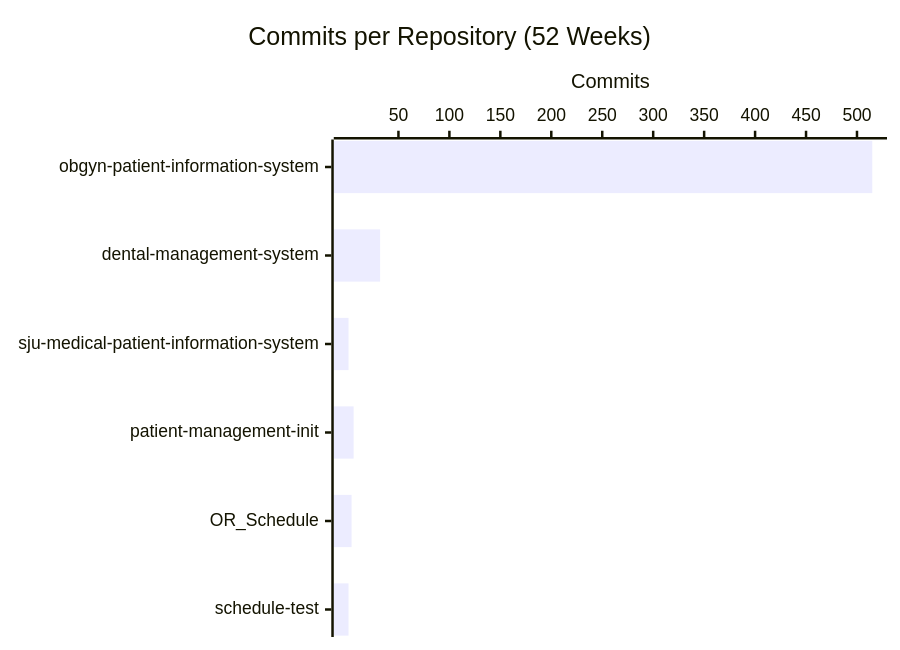
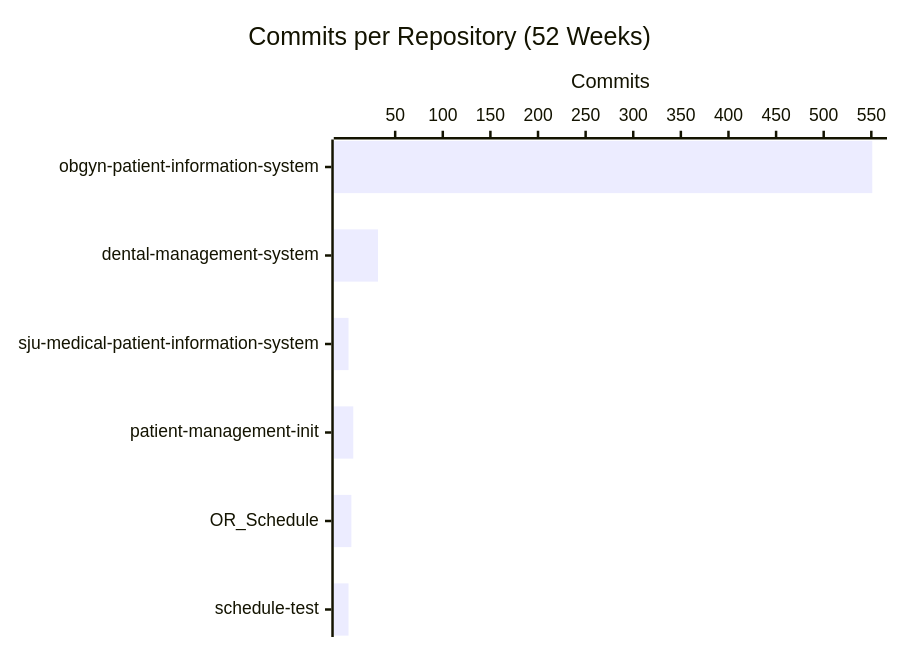
One commit to CSTH-Projects/.github changed the second of 4 diagrams in profile/README.md. Above: the diagram before and after it, drawn with Mermaid. The commit also changed other lines of this file, not shown here.

````diff
--- a/profile/README.md
+++ b/profile/README.md
@@ -24,7 +24,7 @@
 ```mermaid
 xychart-beta horizontal
     title "Commits per Repository (52 Weeks)"
     x-axis ["obgyn-patient-information-system", "dental-management-system", "sju-medical-patient-information-system", "patient-management-init", "OR_Schedule", "schedule-test"]
     y-axis "Commits"
-    bar [515, 32, 1, 6, 4, 1]
+    bar [551, 32, 1, 6, 4, 1]
 ```
````
